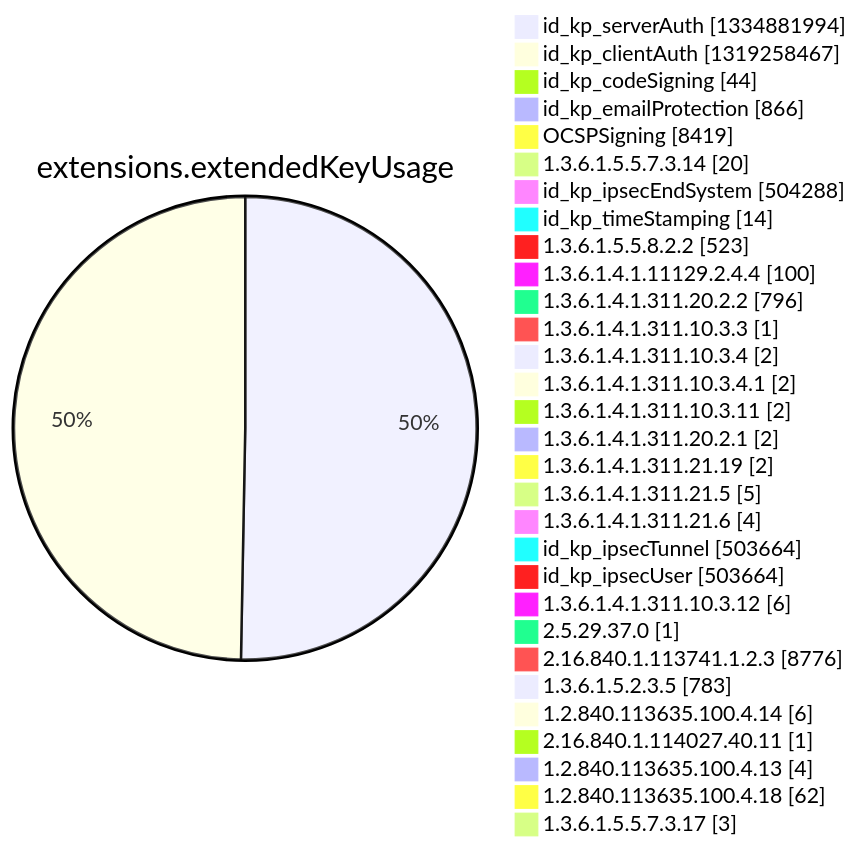
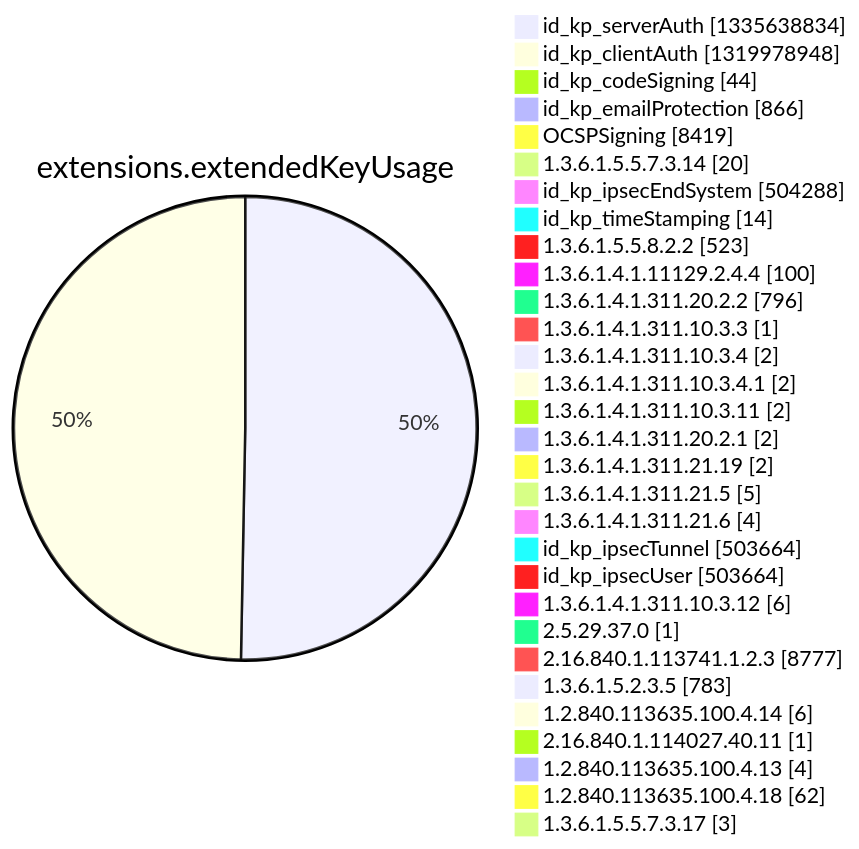
Before and after one commit to christiankrug/ctmonitor_visualization: diagram 12 of 15 in argon2022/README.md, drawn with Mermaid. The commit also changed other lines of this file, not shown here.

````diff
--- a/argon2022/README.md
+++ b/argon2022/README.md
@@ -3553,34 +3553,34 @@
 ```mermaid
 pie showData
 title extensions.extendedKeyUsage
-"id_kp_serverAuth" :1334881994
-"id_kp_clientAuth" :1319258467
+"id_kp_serverAuth" :1335638834
+"id_kp_clientAuth" :1319978948
 "id_kp_codeSigning" :44
 "id_kp_emailProtection" :866
 "OCSPSigning" :8419
 "1.3.6.1.5.5.7.3.14" :20
 "id_kp_ipsecEndSystem" :504288
 "id_kp_timeStamping" :14
 "1.3.6.1.5.5.8.2.2" :523
 "1.3.6.1.4.1.11129.2.4.4" :100
 "1.3.6.1.4.1.311.20.2.2" :796
 "1.3.6.1.4.1.311.10.3.3" :1
 "1.3.6.1.4.1.311.10.3.4" :2
 "1.3.6.1.4.1.311.10.3.4.1" :2
 "1.3.6.1.4.1.311.10.3.11" :2
 "1.3.6.1.4.1.311.20.2.1" :2
 "1.3.6.1.4.1.311.21.19" :2
 "1.3.6.1.4.1.311.21.5" :5
 "1.3.6.1.4.1.311.21.6" :4
 "id_kp_ipsecTunnel" :503664
 "id_kp_ipsecUser" :503664
 "1.3.6.1.4.1.311.10.3.12" :6
 "2.5.29.37.0" :1
-"2.16.840.1.113741.1.2.3" :8776
+"2.16.840.1.113741.1.2.3" :8777
 "1.3.6.1.5.2.3.5" :783
 "1.2.840.113635.100.4.14" :6
 "2.16.840.1.114027.40.11" :1
 "1.2.840.113635.100.4.13" :4
 "1.2.840.113635.100.4.18" :62
 "1.3.6.1.5.5.7.3.17" :3
 ```
````
